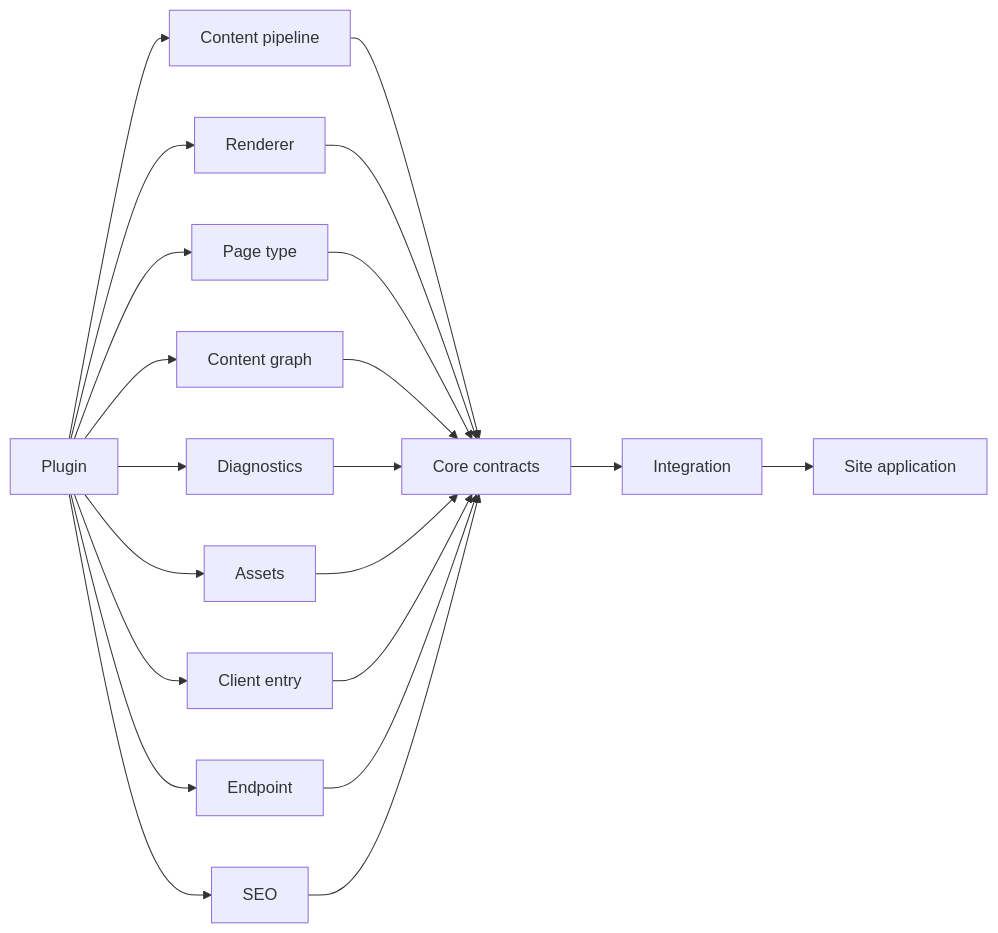
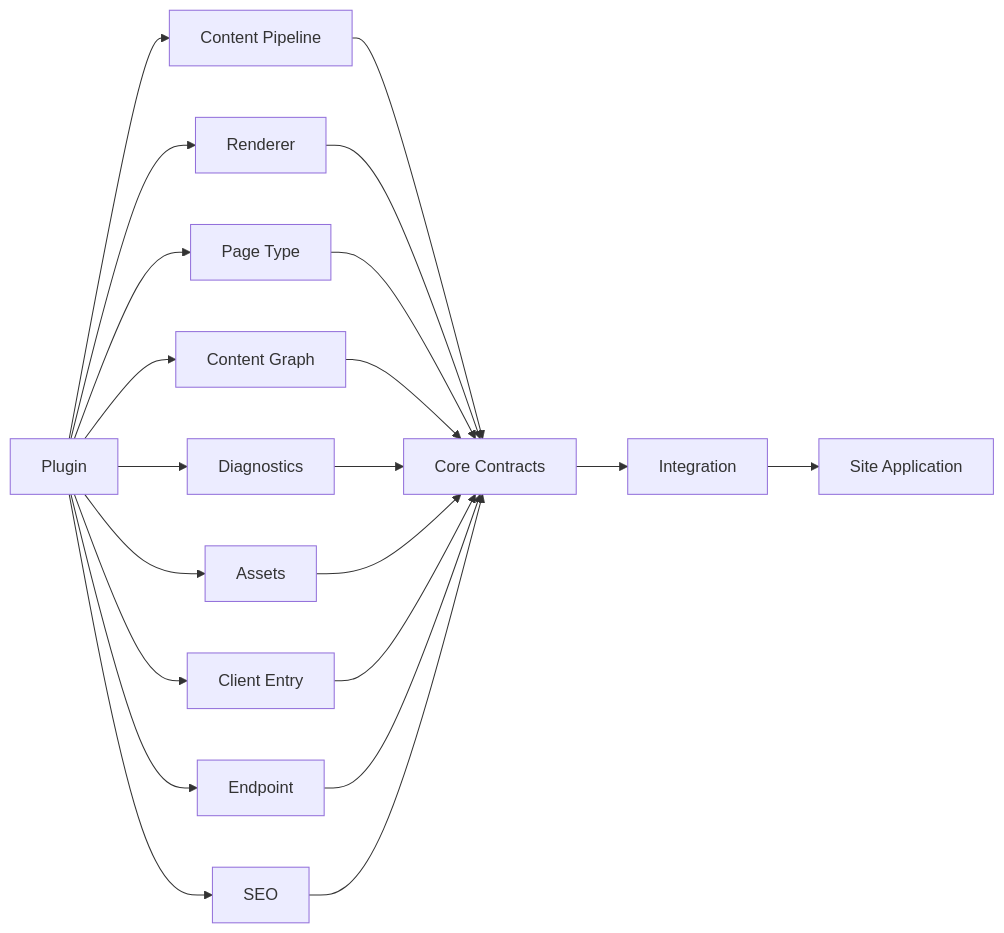
The ninth of 9 diagrams in docs/docs/reference/plugin-api.md (Rerurate514/riebeckite), drawn with Mermaid before and after one commit. The commit also changed other lines of this file and 129 other files, not shown here.

````diff
--- a/docs/docs/reference/plugin-api.md
+++ b/docs/docs/reference/plugin-api.md
@@ -949,27 +958,27 @@
 ```mermaid
 flowchart LR
     Plugin["Plugin"]
 
-    Plugin --> Pipeline["Content pipeline"]
+    Plugin --> Pipeline["Content Pipeline"]
     Plugin --> Renderer["Renderer"]
-    Plugin --> Page["Page type"]
-    Plugin --> Graph["Content graph"]
+    Plugin --> Page["Page Type"]
+    Plugin --> Graph["Content Graph"]
     Plugin --> Diagnostics["Diagnostics"]
     Plugin --> Asset["Assets"]
-    Plugin --> Client["Client entry"]
+    Plugin --> Client["Client Entry"]
     Plugin --> Endpoint["Endpoint"]
     Plugin --> SEO["SEO"]
 
-    Pipeline --> Core["Core contracts"]
+    Pipeline --> Core["Core Contracts"]
     Renderer --> Core
     Page --> Core
     Graph --> Core
     Diagnostics --> Core
     Asset --> Core
     Client --> Core
     Endpoint --> Core
     SEO --> Core
 
     Core --> Integration["Integration"]
-    Integration --> Site["Site application"]
+    Integration --> Site["Site Application"]
 ```
````
